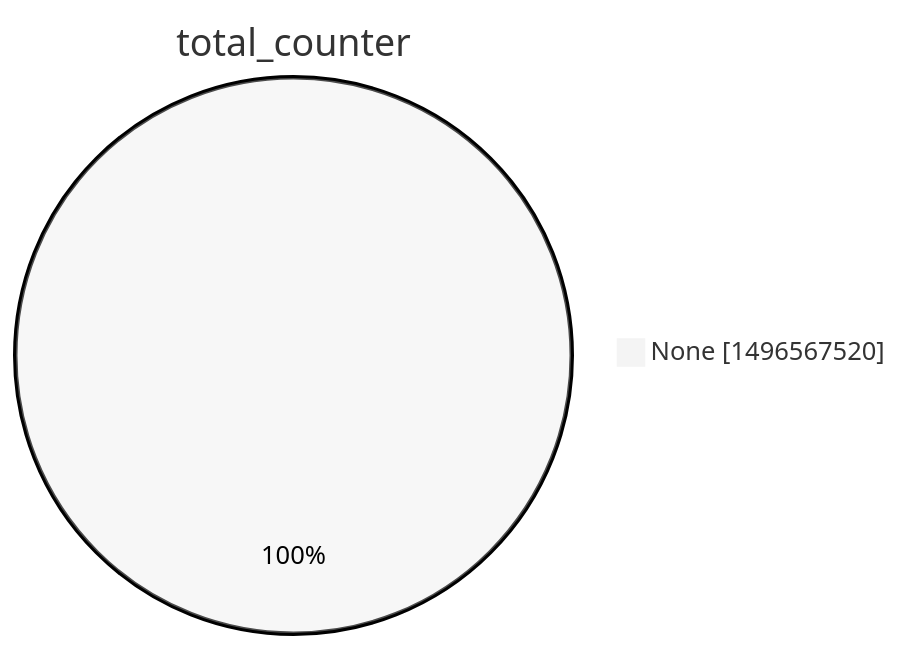
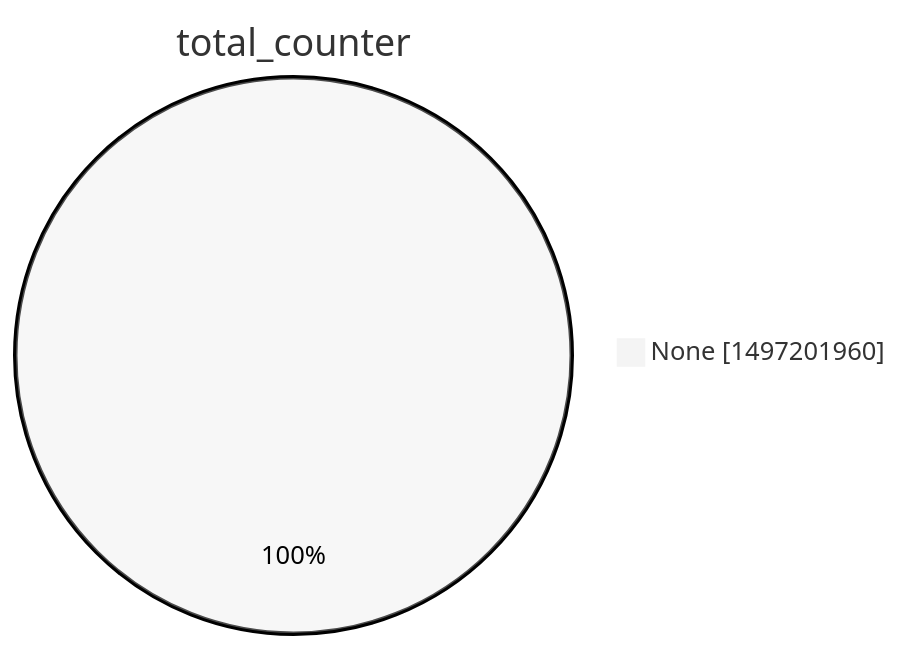
The second of 15 diagrams in argon2022/README.md (christiankrug/ctmonitor_visualization), drawn with Mermaid (neutral theme) before and after one commit. The commit also changed other lines of this file, not shown here.

````diff
--- a/argon2022/README.md
+++ b/argon2022/README.md
@@ -9,5 +9,5 @@
 ```mermaid
 pie showData
 title total_counter
-"None" :1496567520
+"None" :1497201960
 ```
````
